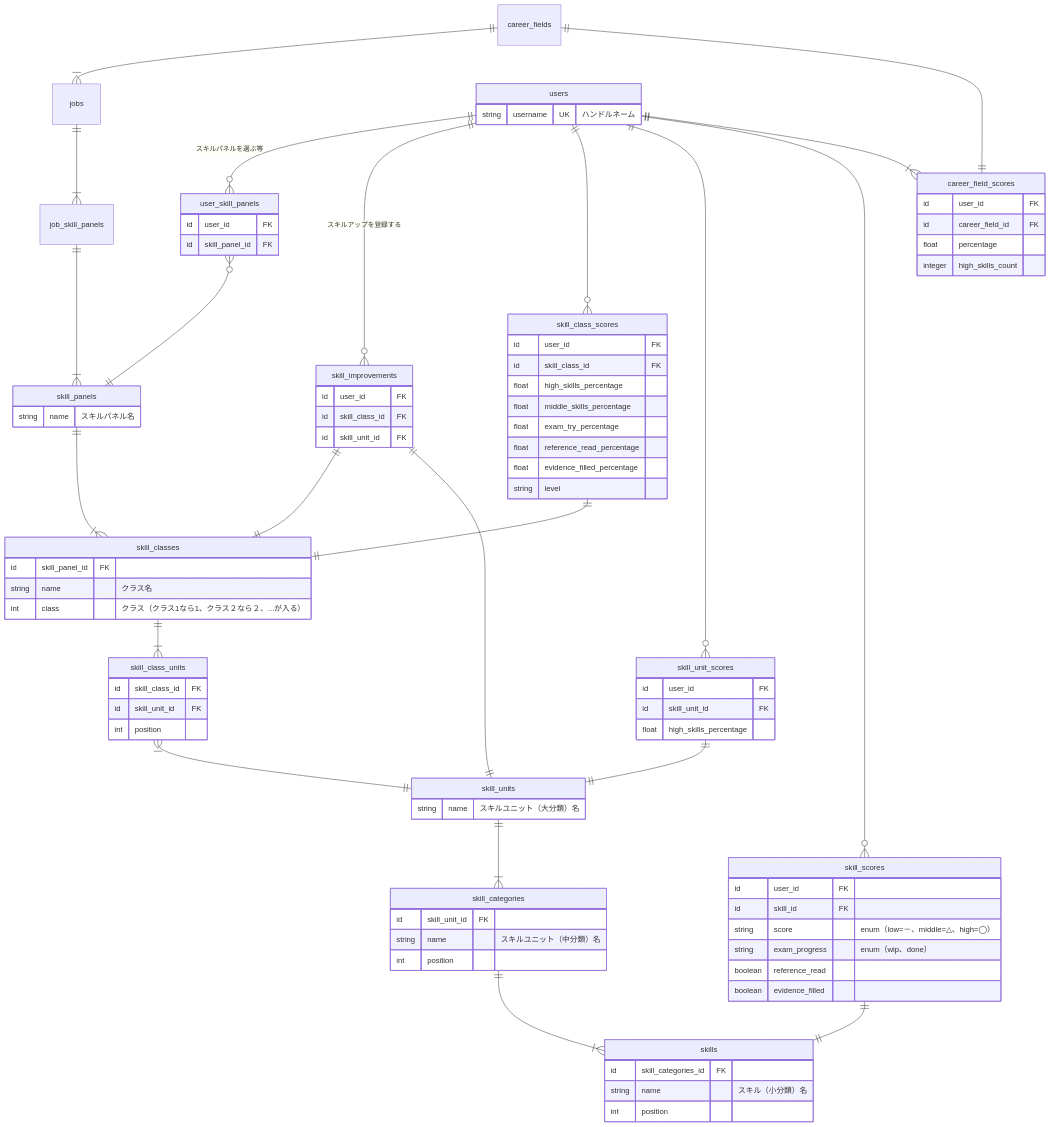
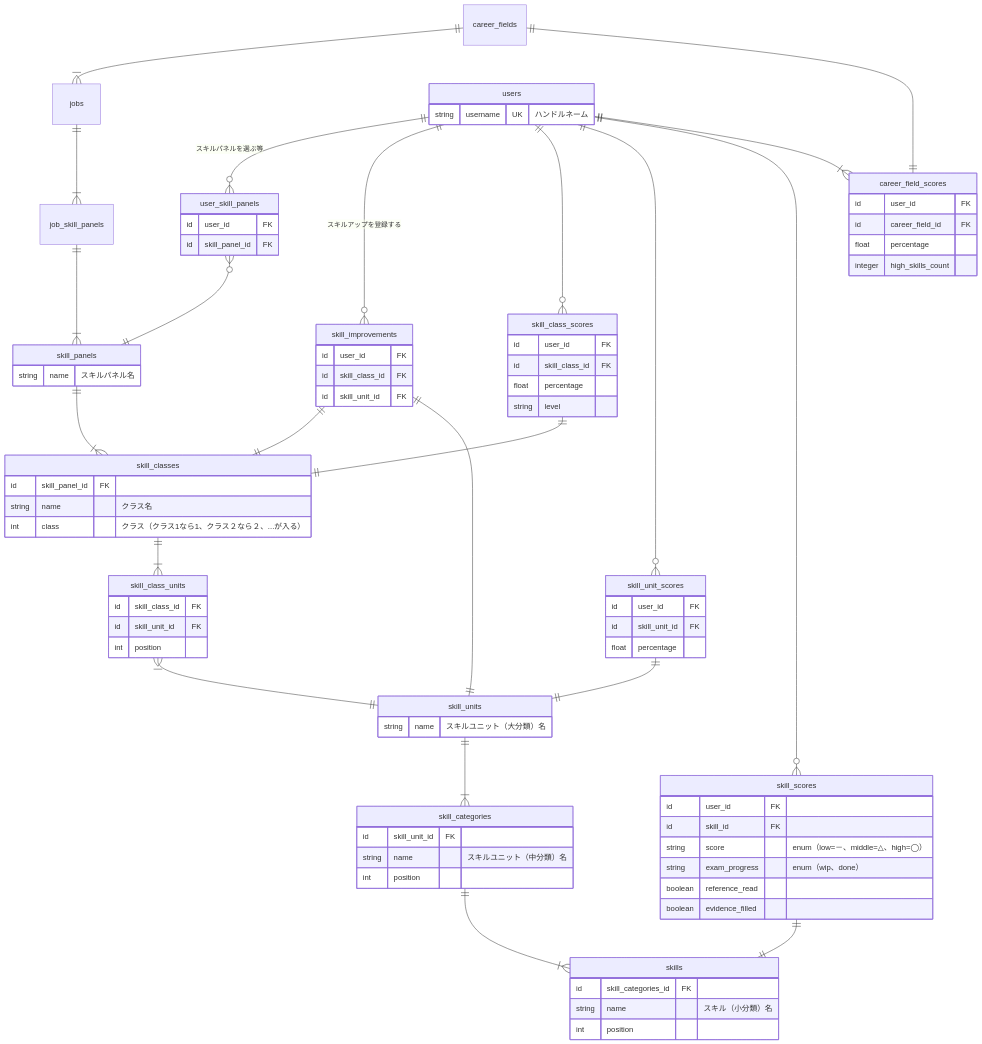
Before and after one commit to bright-org/bright: the second of 2 diagrams in docs/conceptual_schemas/skills.md, drawn with Mermaid. The commit also changed 1 other file, not shown here.

Commit message:
docs: ドーナツグラフ表示に伴うスキーマ定義、相談後修正版

```diff
--- a/docs/conceptual_schemas/skills.md
+++ b/docs/conceptual_schemas/skills.md
@@ -133,18 +133,14 @@
   skill_class_scores {
     id user_id FK
     id skill_class_id FK
-    float high_skills_percentage
-    float middle_skills_percentage
-    float exam_try_percentage
-    float reference_read_percentage
-    float evidence_filled_percentage
+    float percentage
     string level
   }
 
   skill_unit_scores {
     id user_id FK
     id skill_unit_id FK
-    float high_skills_percentage
+    float percentage
   }
 
   skill_scores {
```
